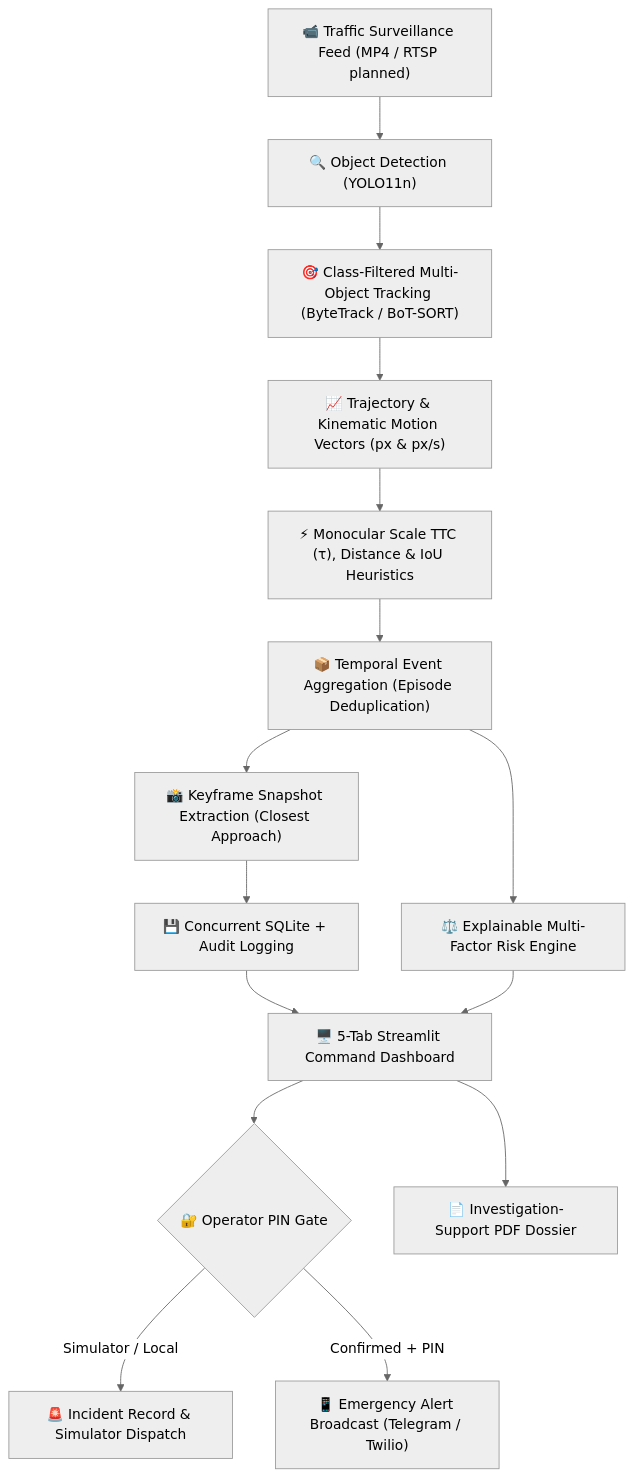
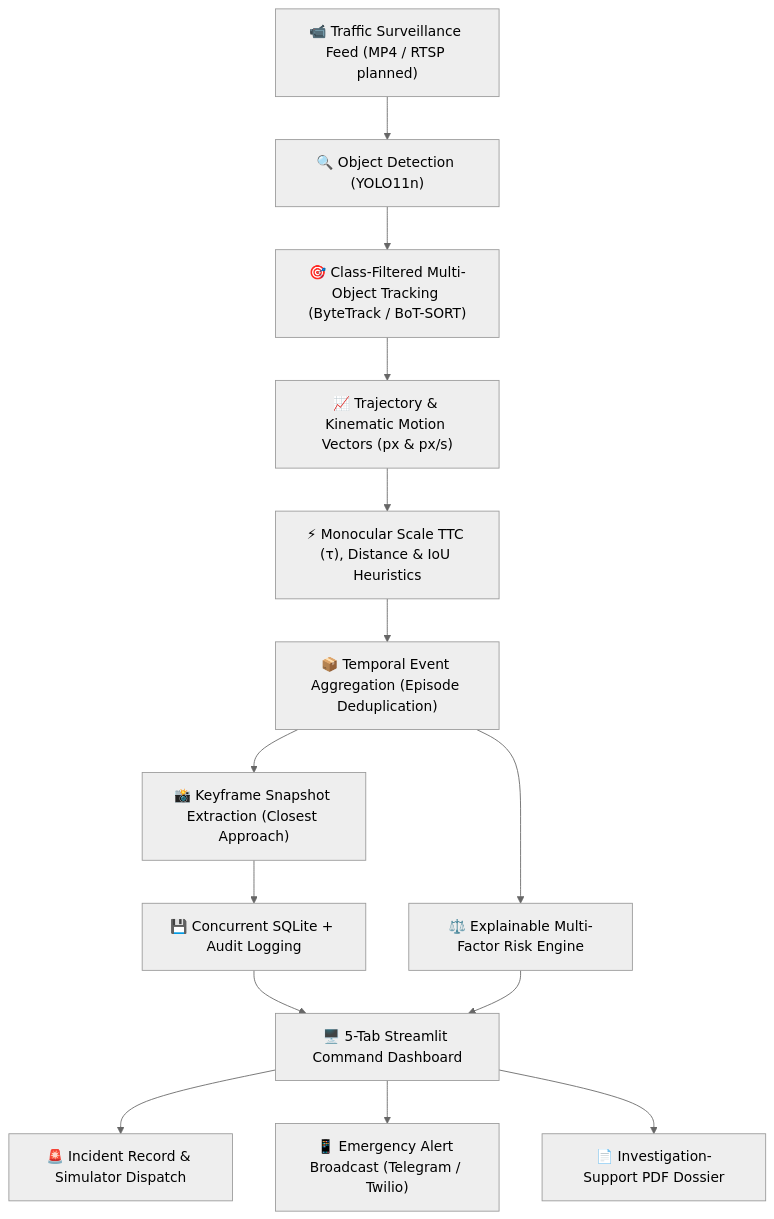
The first of 2 diagrams in README.md (vishalbhardwaj-source/MotionGuard), drawn with Mermaid (neutral theme) before and after one commit. The commit also changed other lines of this file and 5 other files, not shown here.

Commit message:
Fix custom video upload binding, adaptive kinematic sensitivity, and safe flow receipt

````diff
--- a/README.md
+++ b/README.md
@@ -30,17 +30,16 @@
 ```mermaid
 flowchart TD
     Video["📹 Traffic Surveillance Feed (MP4 / RTSP planned)"] --> Detection["🔍 Object Detection (YOLO11n)"]
     Detection --> Tracking["🎯 Class-Filtered Multi-Object Tracking (ByteTrack / BoT-SORT)"]
     Tracking --> Trajectory["📈 Trajectory & Kinematic Motion Vectors (px & px/s)"]
     Trajectory --> Filtering["⚡ Monocular Scale TTC (τ), Distance & IoU Heuristics"]
     Filtering --> Aggregation["📦 Temporal Event Aggregation (Episode Deduplication)"]
     Aggregation --> Evidence["📸 Keyframe Snapshot Extraction (Closest Approach)"]
     Aggregation --> Risk["⚖️ Explainable Multi-Factor Risk Engine"]
     Evidence --> Storage["💾 Concurrent SQLite + Audit Logging"]
     Storage --> Dashboard["🖥️ 5-Tab Streamlit Command Dashboard"]
     Risk --> Dashboard
-    Dashboard --> AuthGate{"🔐 Operator PIN Gate"}
-    AuthGate -->|Simulator / Local| Dispatch["🚨 Incident Record & Simulator Dispatch"]
-    AuthGate -->|Confirmed + PIN| LiveDispatch["📱 Emergency Alert Broadcast (Telegram / Twilio)"]
+    Dashboard --> Dispatch["🚨 Incident Record & Simulator Dispatch"]
+    Dashboard --> LiveDispatch["📱 Emergency Alert Broadcast (Telegram / Twilio)"]
     Dashboard --> Export["📄 Investigation-Support PDF Dossier"]
 ```
````
